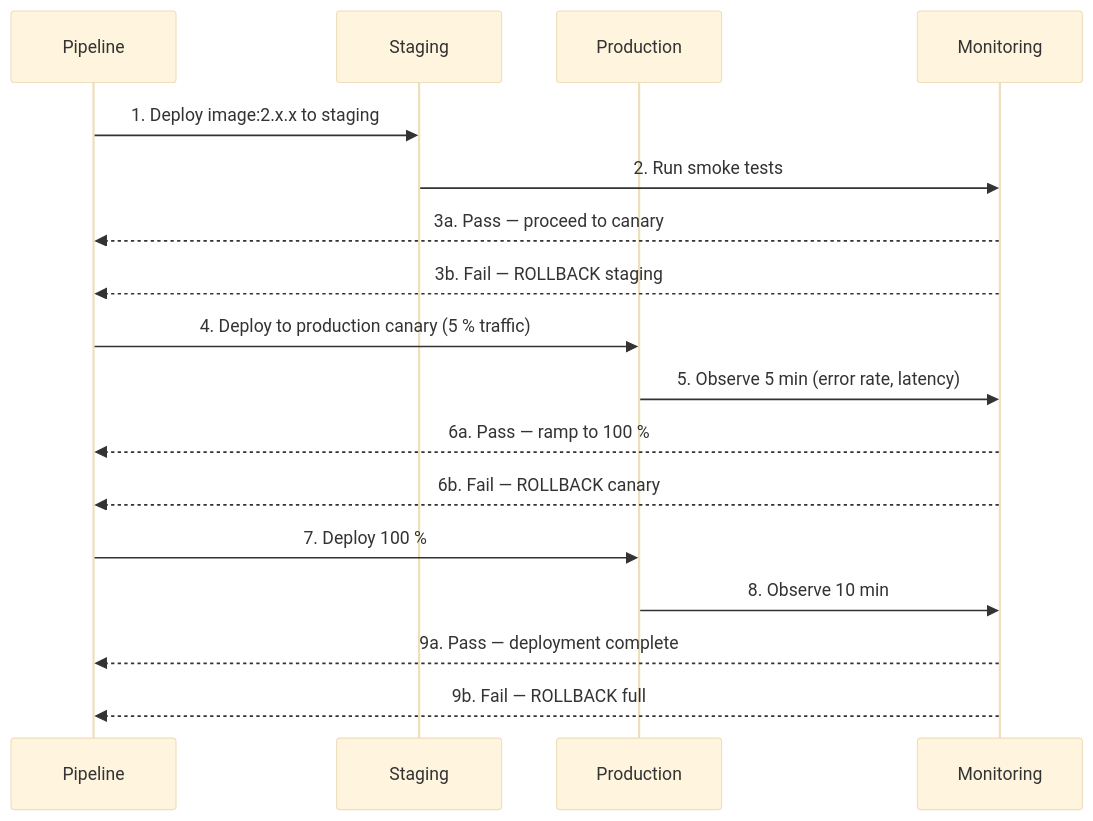
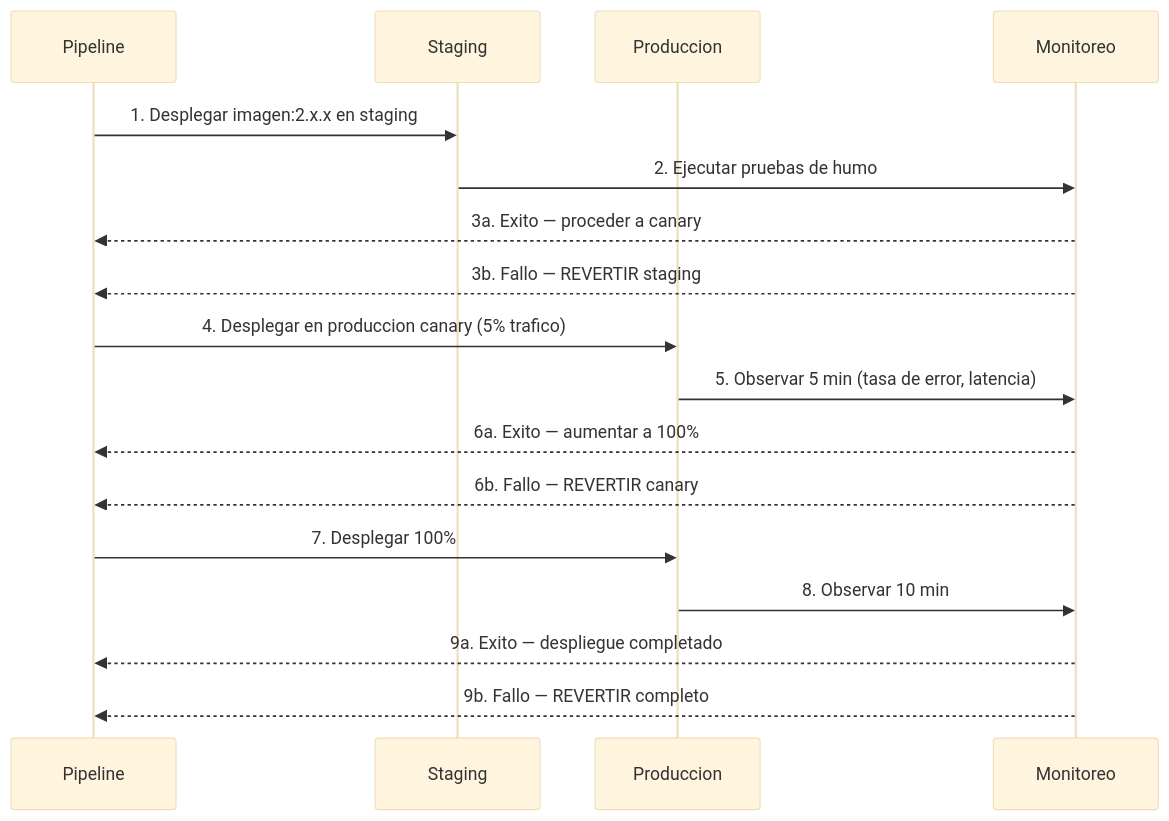
Before and after one commit to nalyd2/users-demo-backstage: the first of 2 diagrams in docs/runbooks/rollback.md, drawn with Mermaid (base theme). The commit also changed other lines of this file and 52 other files, not shown here.

````diff
--- a/docs/runbooks/rollback.md
+++ b/docs/runbooks/rollback.md
@@ -78,20 +78,20 @@
 ```mermaid
 sequenceDiagram
     participant Pipe as Pipeline
     participant Stage as Staging
-    participant Prod as Production
-    participant Monitor as Monitoring
+    participant Prod as Produccion
+    participant Monitor as Monitoreo
 
-    Pipe->>Stage: 1. Deploy image:2.x.x to staging
-    Stage->>Monitor: 2. Run smoke tests
-    Monitor-->>Pipe: 3a. Pass — proceed to canary
-    Monitor-->>Pipe: 3b. Fail — ROLLBACK staging
-    Pipe->>Prod: 4. Deploy to production canary (5 % traffic)
-    Prod->>Monitor: 5. Observe 5 min (error rate, latency)
-    Monitor-->>Pipe: 6a. Pass — ramp to 100 %
-    Monitor-->>Pipe: 6b. Fail — ROLLBACK canary
-    Pipe->>Prod: 7. Deploy 100 %
-    Prod->>Monitor: 8. Observe 10 min
-    Monitor-->>Pipe: 9a. Pass — deployment complete
-    Monitor-->>Pipe: 9b. Fail — ROLLBACK full
+    Pipe->>Stage: 1. Desplegar imagen:2.x.x en staging
+    Stage->>Monitor: 2. Ejecutar pruebas de humo
+    Monitor-->>Pipe: 3a. Exito — proceder a canary
+    Monitor-->>Pipe: 3b. Fallo — REVERTIR staging
+    Pipe->>Prod: 4. Desplegar en produccion canary (5% trafico)
+    Prod->>Monitor: 5. Observar 5 min (tasa de error, latencia)
+    Monitor-->>Pipe: 6a. Exito — aumentar a 100%
+    Monitor-->>Pipe: 6b. Fallo — REVERTIR canary
+    Pipe->>Prod: 7. Desplegar 100%
+    Prod->>Monitor: 8. Observar 10 min
+    Monitor-->>Pipe: 9a. Exito — despliegue completado
+    Monitor-->>Pipe: 9b. Fallo — REVERTIR completo
 ```
````
